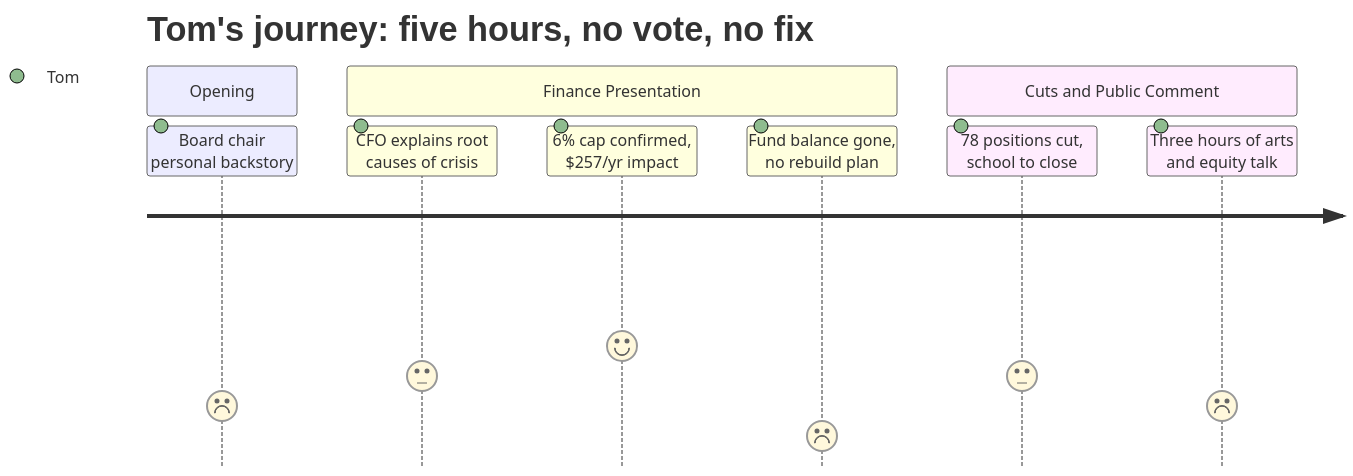
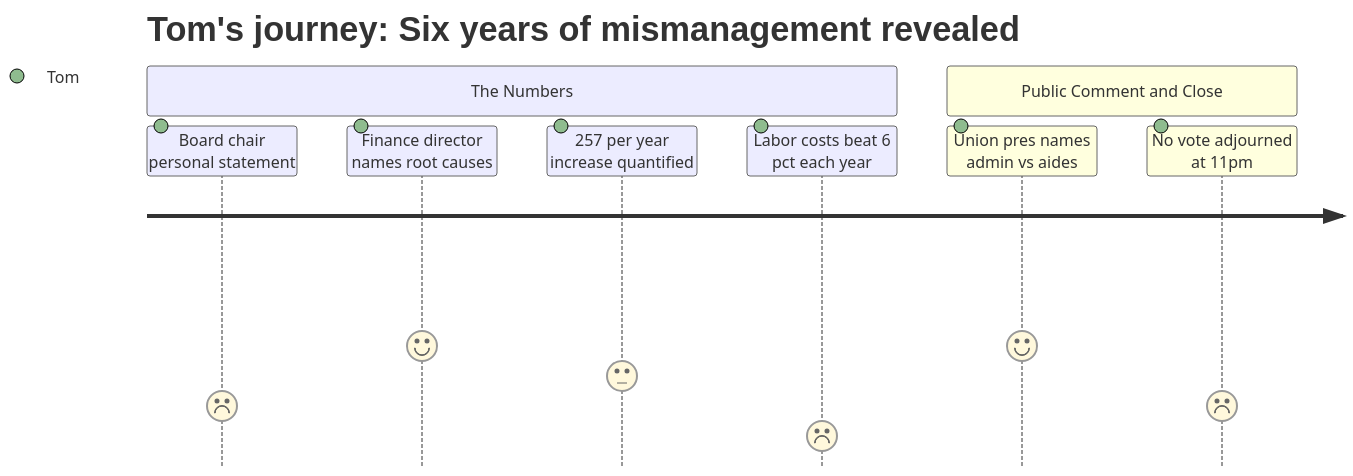
The diagram in data/interpretation/meetings/2026-03-23-school-board/PERSONA-006.md (cristoslc/2026-south-portland-school-budget), drawn with Mermaid before and after one commit. The commit also changed other lines of this file and 64 other files, not shown here.

````diff
--- a/data/interpretation/meetings/2026-03-23-school-board/PERSONA-006.md
+++ b/data/interpretation/meetings/2026-03-23-school-board/PERSONA-006.md
@@ -77,13 +77,12 @@
 ```mermaid
 journey
-    title Tom's journey: five hours, no vote, no fix
-    section Opening
-        Board chair personal backstory: 2: Tom
-    section Finance Presentation
-        CFO explains root causes of crisis: 3: Tom
-        6% cap confirmed, $257/yr impact: 4: Tom
-        Fund balance gone, no rebuild plan: 1: Tom
-    section Cuts and Public Comment
-        78 positions cut, school to close: 3: Tom
-        Three hours of arts and equity talk: 2: Tom
+    title Tom's journey: Six years of mismanagement revealed
+    section The Numbers
+        Board chair personal statement: 2: Tom
+        Finance director names root causes: 4: Tom
+        257 per year increase quantified: 3: Tom
+        Labor costs beat 6 pct each year: 1: Tom
+    section Public Comment and Close
+        Union pres names admin vs aides: 4: Tom
+        No vote adjourned at 11pm: 2: Tom
 ```
````
